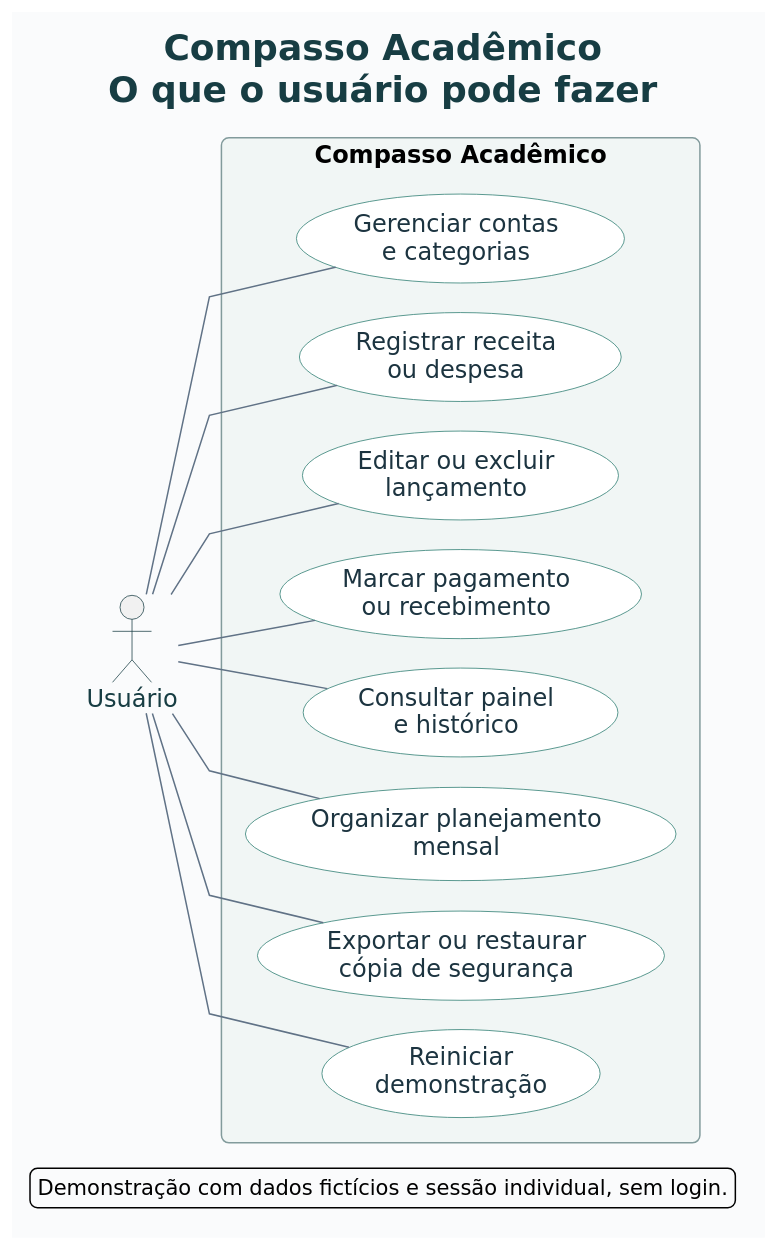
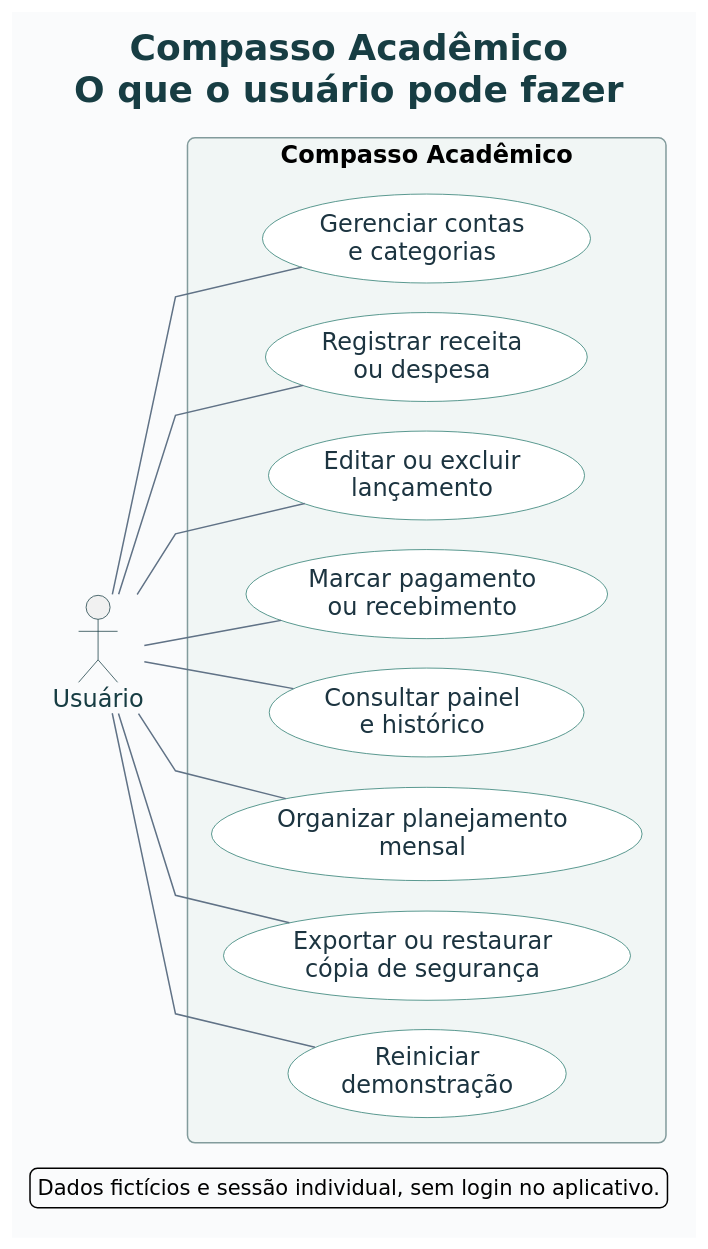
One commit to tharibbeiro/PROJ_IMPACTA_COMPASSO changed the diagram in docs/diagramas/casos-de-uso.puml. Above: the diagram before and after it, drawn with PlantUML. The commit also changed 69 other files, not shown here.

```diff
--- a/docs/diagramas/casos-de-uso.puml
+++ b/docs/diagramas/casos-de-uso.puml
@@ -1,50 +1,50 @@
 @startuml casos-de-uso
 left to right direction
 skinparam backgroundColor #FAFBFC
 skinparam defaultFontName DejaVu Sans
 skinparam defaultFontSize 16
 skinparam shadowing false
 skinparam roundcorner 10
 skinparam linetype polyline
 skinparam nodesep 20
 skinparam ranksep 45
 skinparam ArrowColor #607286
 skinparam ActorBorderColor #173D43
 skinparam ActorFontColor #173D43
 skinparam RectangleBackgroundColor #F1F6F5
 skinparam RectangleBorderColor #829B9C
 skinparam UsecaseBackgroundColor #FFFFFF
 skinparam UsecaseBorderColor #26786D
 skinparam UsecaseFontColor #1C3440
 skinparam titleFontColor #173D43
 skinparam titleFontSize 24
 skinparam dpi 120
 
 title Compasso Acadêmico\nO que o usuário pode fazer
 
 actor "Usuário" as Usuario
 
 rectangle "Compasso Acadêmico" {
   usecase "Gerenciar contas\ne categorias" as Contas
   usecase "Registrar receita\nou despesa" as Registrar
   usecase "Editar ou excluir\nlançamento" as Editar
   usecase "Marcar pagamento\nou recebimento" as Pagar
   usecase "Consultar painel\ne histórico" as Consultar
   usecase "Organizar planejamento\nmensal" as Planejar
   usecase "Exportar ou restaurar\ncópia de segurança" as Backup
   usecase "Reiniciar\ndemonstração" as Reiniciar
 }
 
 Usuario -- Contas
 Usuario -- Registrar
 Usuario -- Editar
 Usuario -- Pagar
 Usuario -- Consultar
 Usuario -- Planejar
 Usuario -- Backup
 Usuario -- Reiniciar
 
 legend bottom
-  Demonstração com dados fictícios e sessão individual, sem login.
+  Dados fictícios e sessão individual, sem login no aplicativo.
 endlegend
 @enduml
```
